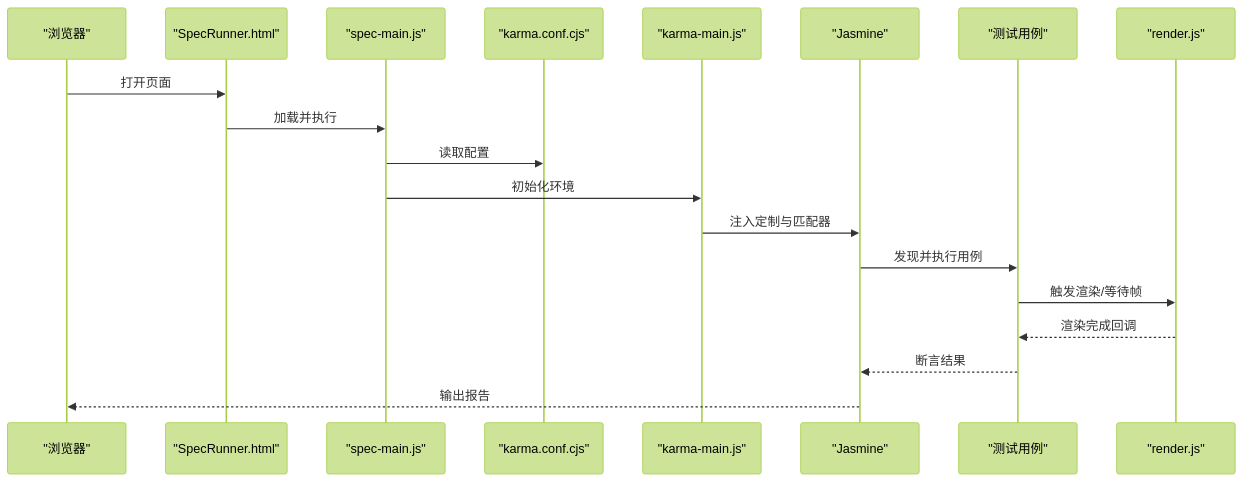
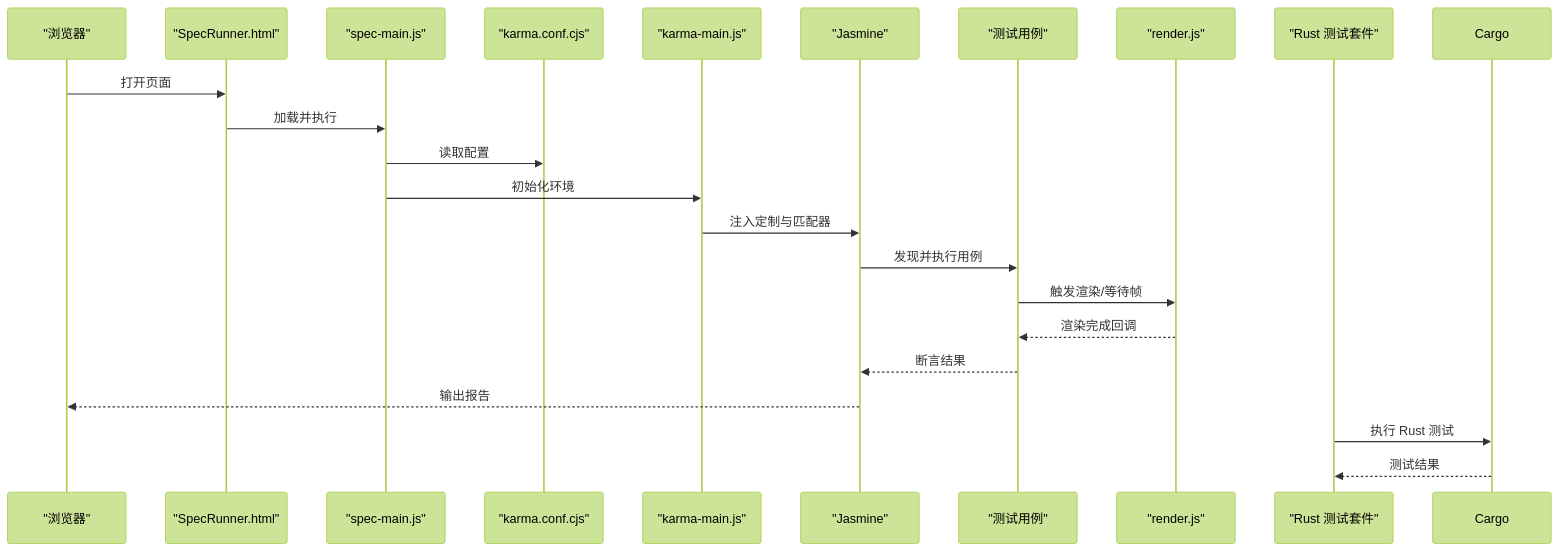
The second of 5 diagrams in .qoder/repowiki/zh/content/测试与调试/Specs测试框架.md (rzhangjing/cesium), drawn with Mermaid (forest theme) before and after one commit. The commit also changed other lines of this file and 28 other files, not shown here.

````diff
--- a/.qoder/repowiki/zh/content/测试与调试/Specs测试框架.md
+++ b/.qoder/repowiki/zh/content/测试与调试/Specs测试框架.md
@@ -209,21 +187,24 @@
 ```mermaid
 sequenceDiagram
 participant Browser as "浏览器"
 participant Runner as "SpecRunner.html"
 participant Main as "spec-main.js"
 participant Karma as "karma.conf.cjs"
 participant Env as "karma-main.js"
 participant Jasmine as "Jasmine"
 participant Test as "测试用例"
 participant Render as "render.js"
+participant RustTests as "Rust 测试套件"
 Browser->>Runner : 打开页面
 Runner->>Main : 加载并执行
 Main->>Karma : 读取配置
 Main->>Env : 初始化环境
 Env->>Jasmine : 注入定制与匹配器
 Jasmine->>Test : 发现并执行用例
 Test->>Render : 触发渲染/等待帧
 Render-->>Test : 渲染完成回调
 Test-->>Jasmine : 断言结果
 Jasmine-->>Browser : 输出报告
+RustTests->>Cargo : 执行 Rust 测试
+Cargo-->>RustTests : 测试结果
 ```
````
